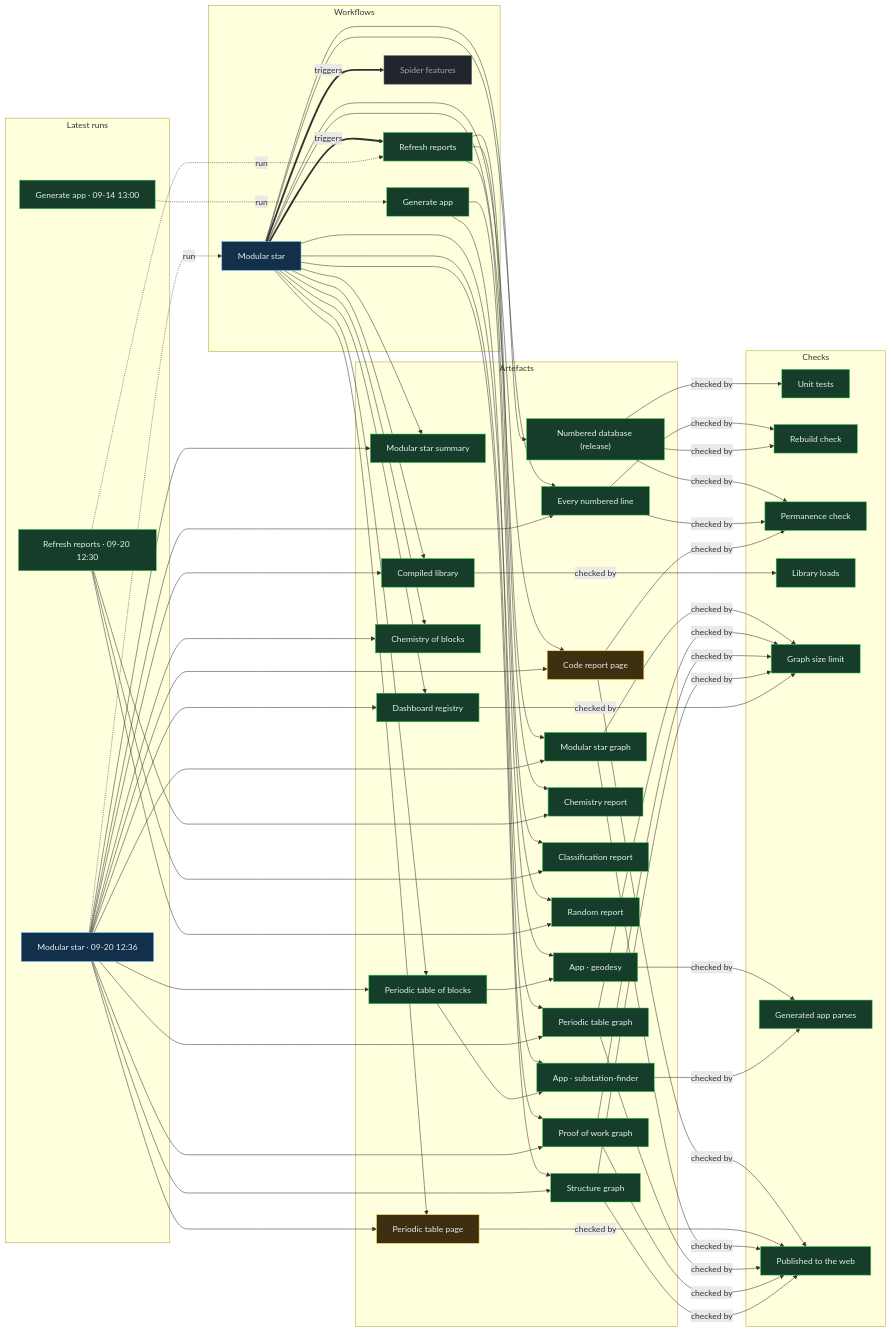
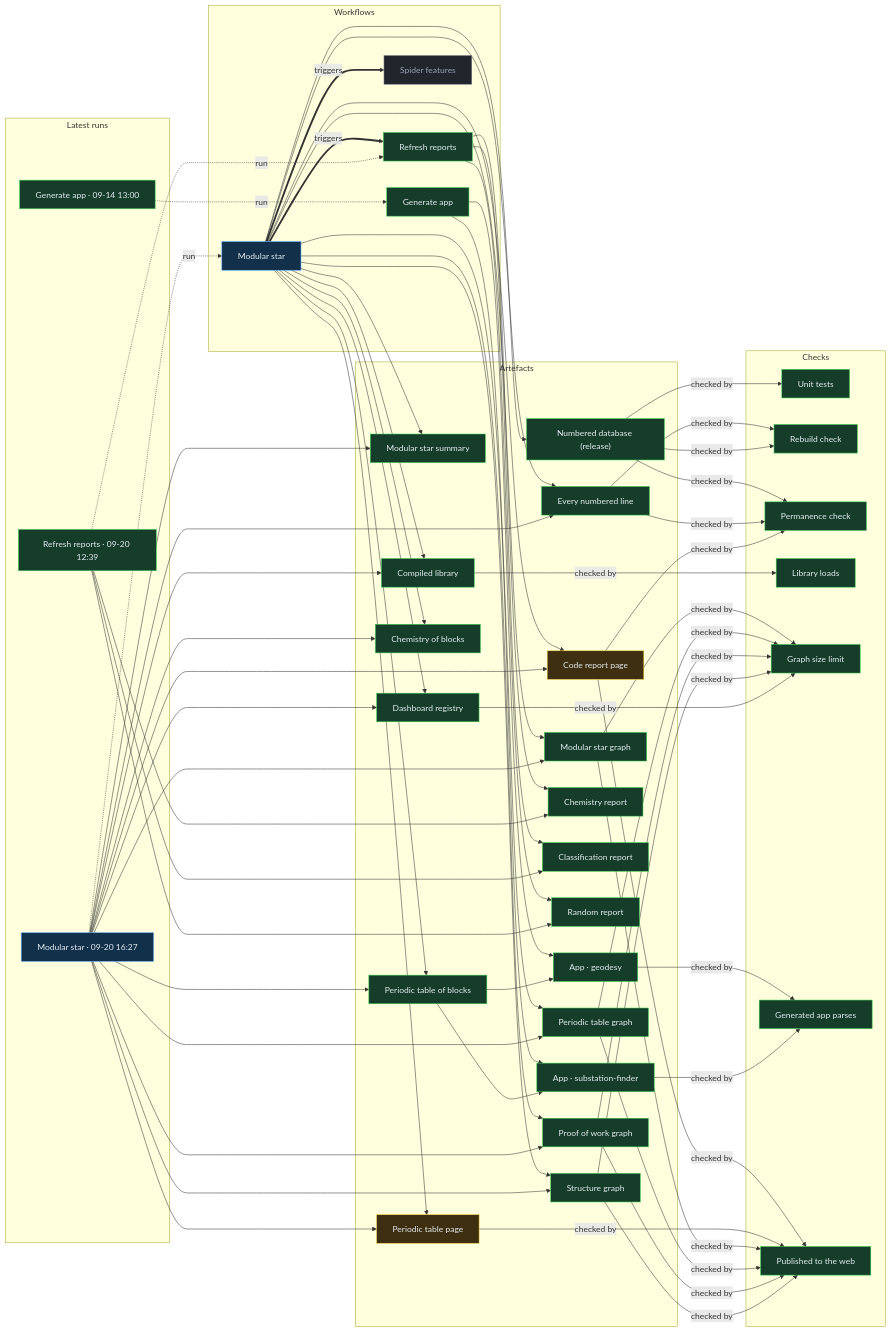
Before and after one commit to Ventusltd/stars: the diagram in proof/PROOF.md, drawn with Mermaid. The commit also changed other lines of this file and 35 other files, not shown here.

Commit message:
Modular star 2026-09-20T16:29Z

```diff
--- a/proof/PROOF.md
+++ b/proof/PROOF.md
@@ -24,8 +24,8 @@
   n_wf_spider_features["Spider features"]:::off
   end
   subgraph g_runs["Latest runs"]
-  n_run_35511091179["Modular star · 09-20 12:36"]:::live
-  n_run_35510817511["Refresh reports · 09-20 12:30"]:::ok
+  n_run_35522753759["Modular star · 09-20 16:27"]:::live
+  n_run_35511220550["Refresh reports · 09-20 12:39"]:::ok
   n_run_34846587798["Generate app · 09-14 13:00"]:::ok
   end
   subgraph g_artefacts["Artefacts"]
@@ -59,39 +59,39 @@
   end
   n_wf_modular_star == triggers ==> n_wf_refresh
   n_wf_modular_star == triggers ==> n_wf_spider_features
-  n_run_35511091179 -. run .-> n_wf_modular_star
-  n_run_35510817511 -. run .-> n_wf_refresh
+  n_run_35522753759 -. run .-> n_wf_modular_star
+  n_run_35511220550 -. run .-> n_wf_refresh
   n_run_34846587798 -. run .-> n_wf_generate
   n_wf_modular_star --> n_art_summary
-  n_run_35511091179 --> n_art_summary
+  n_run_35522753759 --> n_art_summary
   n_wf_modular_star --> n_art_lines
-  n_run_35511091179 --> n_art_lines
+  n_run_35522753759 --> n_art_lines
   n_wf_modular_star --> n_art_code
-  n_run_35511091179 --> n_art_code
+  n_run_35522753759 --> n_art_code
   n_wf_modular_star --> n_art_modular_graph
-  n_run_35511091179 --> n_art_modular_graph
+  n_run_35522753759 --> n_art_modular_graph
   n_wf_modular_star --> n_art_blocks
-  n_run_35511091179 --> n_art_blocks
+  n_run_35522753759 --> n_art_blocks
   n_wf_modular_star --> n_art_table
-  n_run_35511091179 --> n_art_table
+  n_run_35522753759 --> n_art_table
   n_wf_modular_star --> n_art_blocks_graph
-  n_run_35511091179 --> n_art_blocks_graph
+  n_run_35522753759 --> n_art_blocks_graph
   n_wf_modular_star --> n_art_reactions
-  n_run_35511091179 --> n_art_reactions
+  n_run_35522753759 --> n_art_reactions
   n_wf_modular_star --> n_art_library
-  n_run_35511091179 --> n_art_library
+  n_run_35522753759 --> n_art_library
   n_wf_modular_star --> n_art_features
-  n_run_35511091179 --> n_art_features
+  n_run_35522753759 --> n_art_features
   n_wf_modular_star --> n_art_proof
-  n_run_35511091179 --> n_art_proof
+  n_run_35522753759 --> n_art_proof
   n_wf_modular_star --> n_art_structure
-  n_run_35511091179 --> n_art_structure
+  n_run_35522753759 --> n_art_structure
   n_wf_refresh --> n_art_chemistry
-  n_run_35510817511 --> n_art_chemistry
+  n_run_35511220550 --> n_art_chemistry
   n_wf_refresh --> n_art_vedic
-  n_run_35510817511 --> n_art_vedic
+  n_run_35511220550 --> n_art_vedic
   n_wf_refresh --> n_art_random
-  n_run_35510817511 --> n_art_random
+  n_run_35511220550 --> n_art_random
   n_wf_modular_star --> n_art_release
   n_wf_generate --> n_app_geodesy
   n_art_blocks --> n_app_geodesy
```
